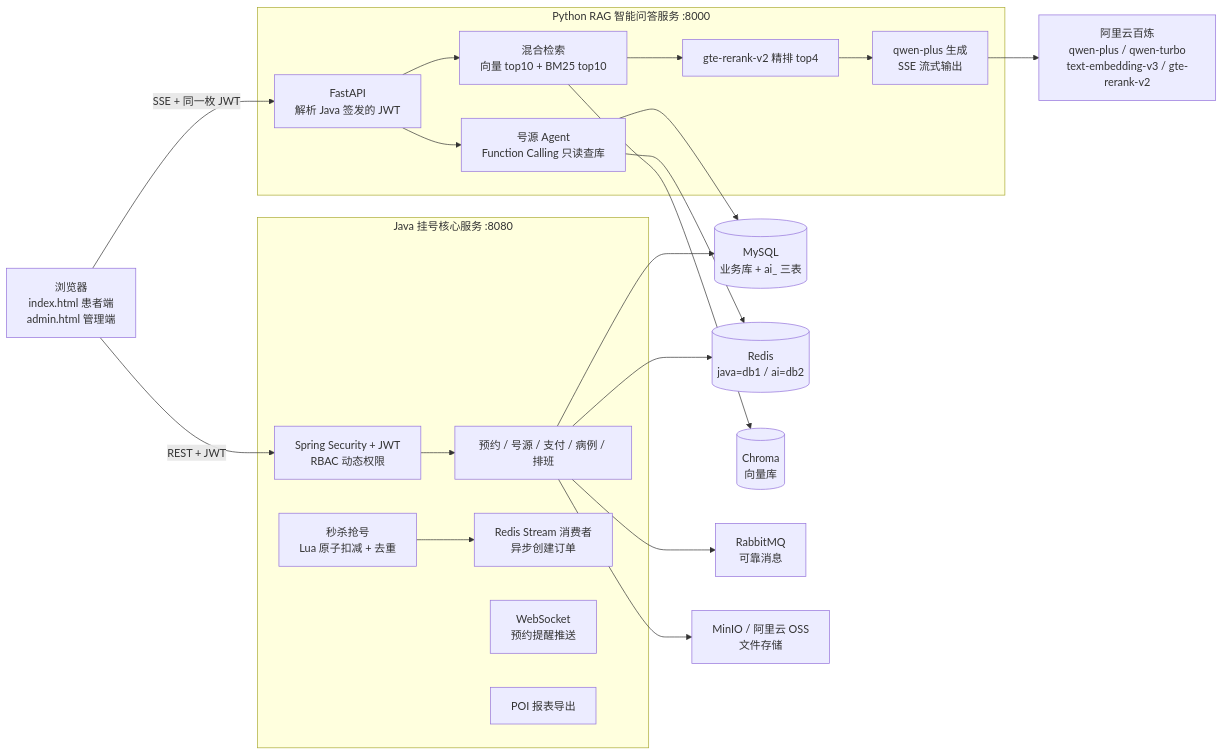
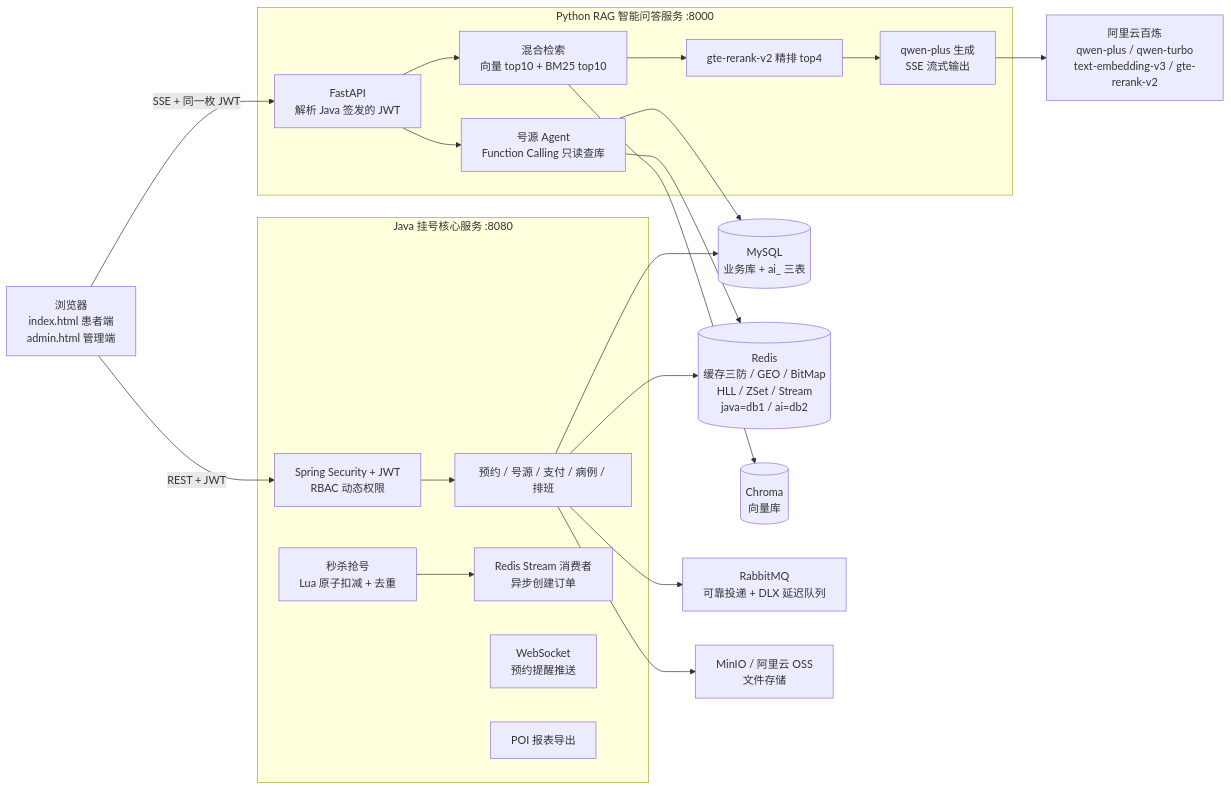
One commit to JayJayYu159852/yimiaotong changed the diagram in README.md. Above: the diagram before and after it, drawn with Mermaid. The commit also changed other lines of this file and 4 other files, not shown here.

````diff
--- a/README.md
+++ b/README.md
@@ -49,44 +77,44 @@
 ```mermaid
 flowchart LR
     FE["浏览器<br/>index.html 患者端<br/>admin.html 管理端"]
 
     subgraph JAVA["Java 挂号核心服务 :8080"]
         SEC["Spring Security + JWT<br/>RBAC 动态权限"]
         BIZ["预约 / 号源 / 支付 / 病例 / 排班"]
         KILL["秒杀抢号<br/>Lua 原子扣减 + 去重"]
         STREAM["Redis Stream 消费者<br/>异步创建订单"]
         WS["WebSocket<br/>预约提醒推送"]
         POI["POI 报表导出"]
     end
 
     subgraph PY["Python RAG 智能问答服务 :8000"]
         API["FastAPI<br/>解析 Java 签发的 JWT"]
         RETR["混合检索<br/>向量 top10 + BM25 top10"]
         RERANK["gte-rerank-v2 精排 top4"]
         AGENT["号源 Agent<br/>Function Calling 只读查库"]
         SSE["qwen-plus 生成<br/>SSE 流式输出"]
     end
 
     FE -->|"REST + JWT"| SEC
     FE -->|"SSE + 同一枚 JWT"| API
     SEC --> BIZ
     KILL --> STREAM
     API --> RETR --> RERANK --> SSE
     API --> AGENT
 
     MYSQL[("MySQL<br/>业务库 + ai_ 三表")]
-    REDIS[("Redis<br/>java=db1 / ai=db2")]
+    REDIS[("Redis<br/>缓存三防 / GEO / BitMap<br/>HLL / ZSet / Stream<br/>java=db1 / ai=db2")]
     CHROMA[("Chroma<br/>向量库")]
     LLM["阿里云百炼<br/>qwen-plus / qwen-turbo<br/>text-embedding-v3 / gte-rerank-v2"]
-    MQ["RabbitMQ<br/>可靠消息"]
+    MQ["RabbitMQ<br/>可靠投递 + DLX 延迟队列"]
     OSS["MinIO / 阿里云 OSS<br/>文件存储"]
 
     BIZ --> MYSQL
     BIZ --> REDIS
     BIZ --> MQ
     BIZ --> OSS
     AGENT --> REDIS
     AGENT --> MYSQL
     RETR --> CHROMA
     SSE --> LLM
 ```
````
